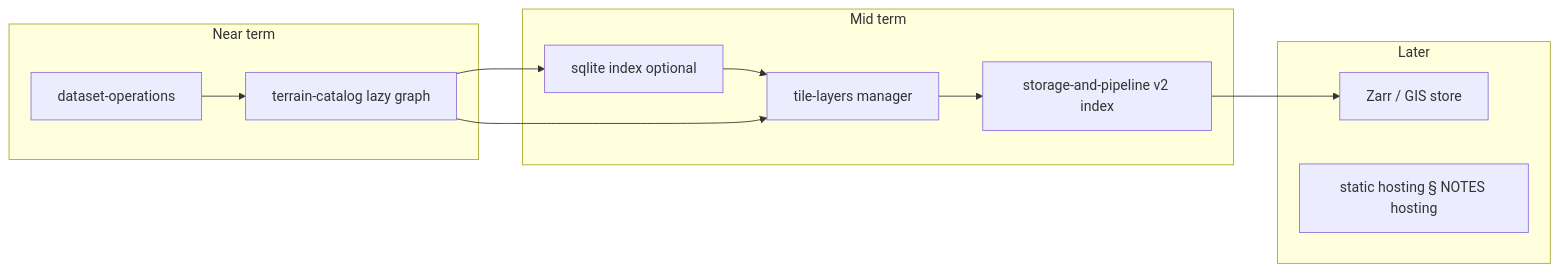
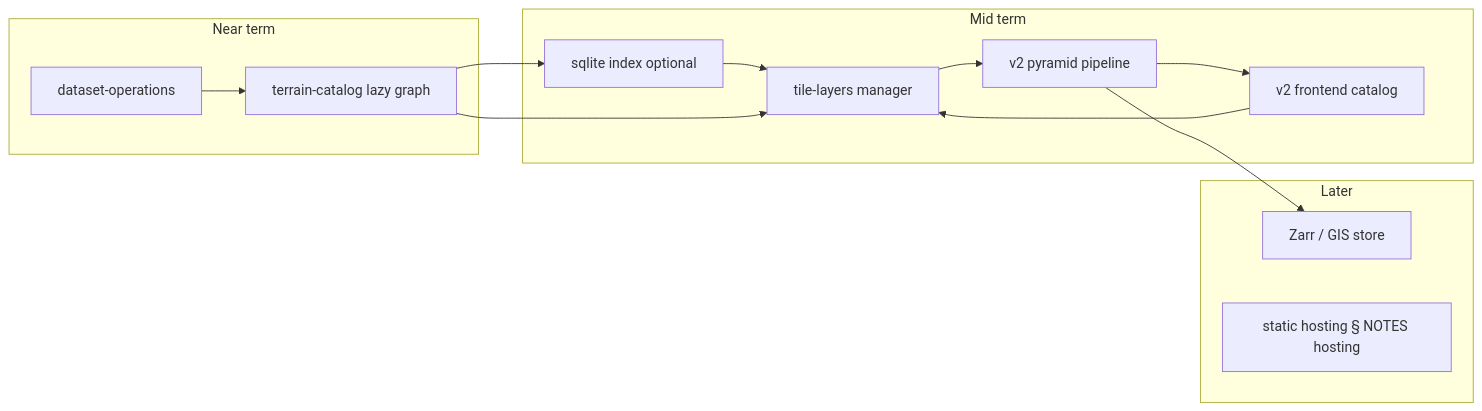
One commit to xinaesthete/psychogeo changed the diagram in docs/planning/README.md. Above: the diagram before and after it, drawn with Mermaid. The commit also changed other lines of this file and 4 other files, not shown here.

````diff
--- a/docs/planning/README.md
+++ b/docs/planning/README.md
@@ -34,22 +35,25 @@
 ```mermaid
 flowchart LR
   subgraph near [Near term]
     Ops[dataset-operations]
     Cat1[terrain-catalog lazy graph]
   end
   subgraph mid [Mid term]
     SQL[sqlite index optional]
     Chan[tile-layers manager]
-    Pipe[storage-and-pipeline v2 index]
+    Pipe[v2 pyramid pipeline]
+    Render[v2 frontend catalog]
   end
   Cat1 --> SQL
   SQL --> Chan
+  Pipe --> Render
+  Render --> Chan
   subgraph later [Later]
     Zarr[Zarr / GIS store]
     Host[static hosting § NOTES hosting]
   end
   Ops --> Cat1
   Cat1 --> Chan
   Chan --> Pipe
   Pipe --> Zarr
 ```
````
